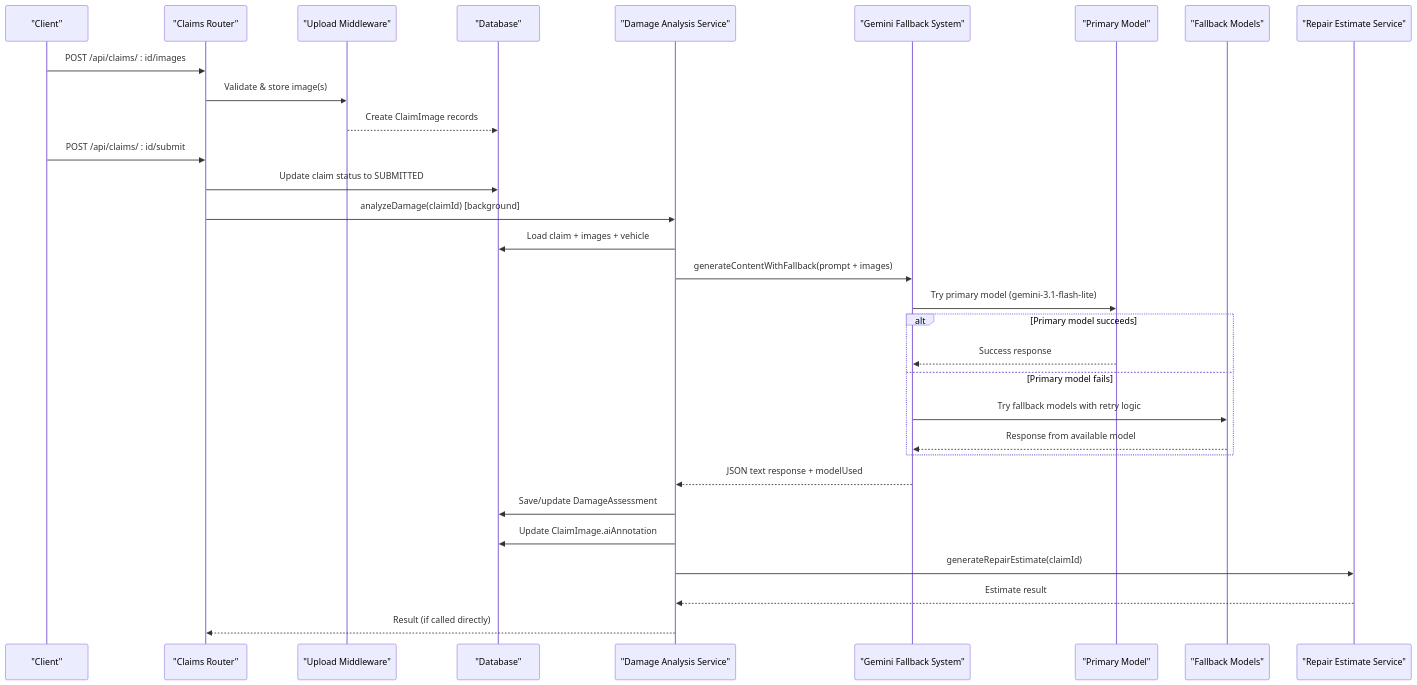
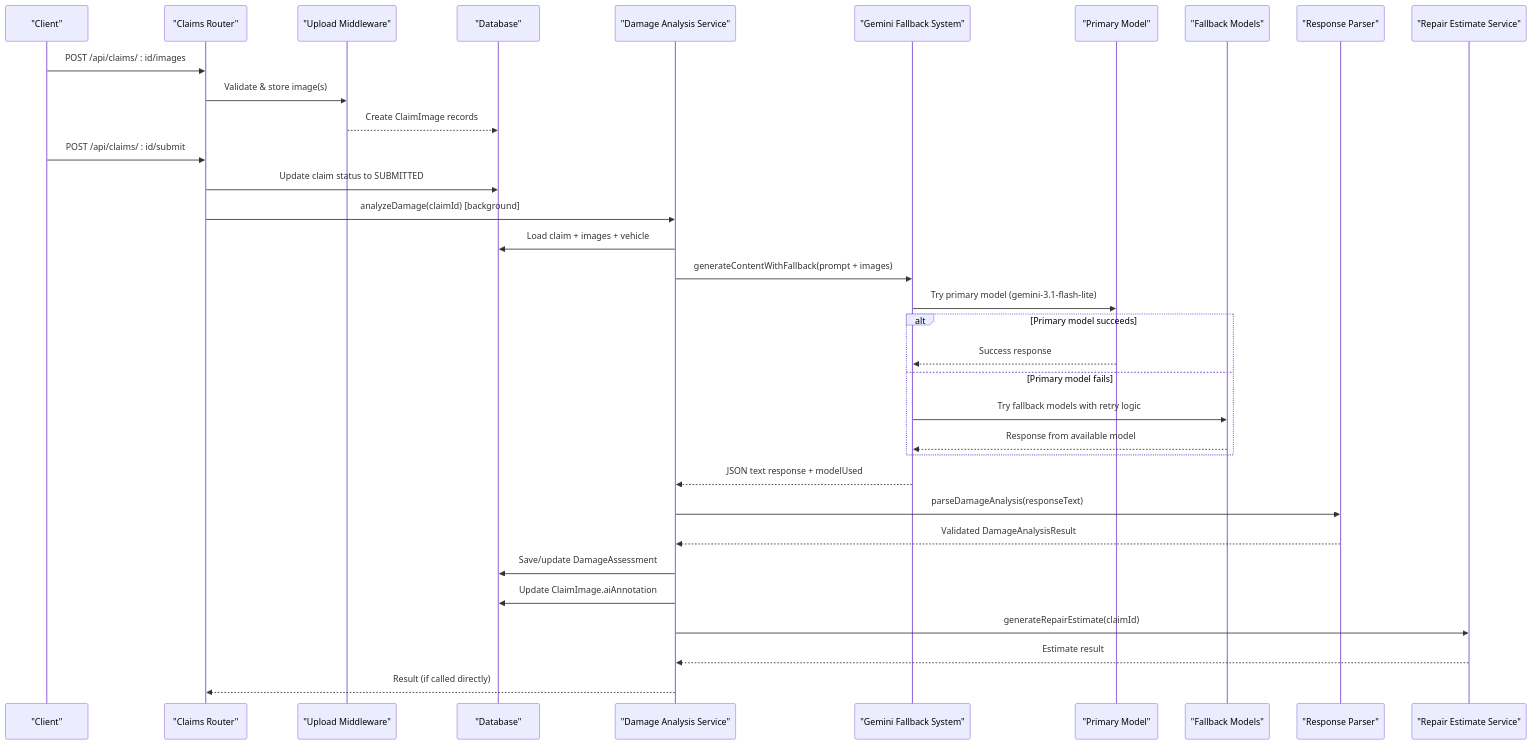
One commit to NaveenHiranya/Smart-Vehicle-Insurance-Claim-System changed the second of 3 diagrams in .qoder/repowiki/en/content/AI Services Integration/Damage Analysis Service.md. Above: the diagram before and after it, drawn with Mermaid. The commit also changed other lines of this file and 33 other files, not shown here.

````diff
--- a/.qoder/repowiki/en/content/AI Services Integration/Damage Analysis Service.md
+++ b/.qoder/repowiki/en/content/AI Services Integration/Damage Analysis Service.md
@@ -94,33 +97,36 @@
 ```mermaid
 sequenceDiagram
 participant Client as "Client"
 participant Router as "Claims Router"
 participant Multer as "Upload Middleware"
 participant DB as "Database"
 participant Service as "Damage Analysis Service"
 participant Fallback as "Gemini Fallback System"
 participant Model1 as "Primary Model"
 participant Model2 as "Fallback Models"
+participant Parser as "Response Parser"
 participant Estimator as "Repair Estimate Service"
 Client->>Router : POST /api/claims/ : id/images
 Router->>Multer : Validate & store image(s)
 Multer-->>DB : Create ClaimImage records
 Client->>Router : POST /api/claims/ : id/submit
 Router->>DB : Update claim status to SUBMITTED
 Router->>Service : analyzeDamage(claimId) [background]
 Service->>DB : Load claim + images + vehicle
 Service->>Fallback : generateContentWithFallback(prompt + images)
 Fallback->>Model1 : Try primary model (gemini-3.1-flash-lite)
 alt Primary model succeeds
 Model1-->>Fallback : Success response
 else Primary model fails
 Fallback->>Model2 : Try fallback models with retry logic
 Model2-->>Fallback : Response from available model
 end
 Fallback-->>Service : JSON text response + modelUsed
+Service->>Parser : parseDamageAnalysis(responseText)
+Parser-->>Service : Validated DamageAnalysisResult
 Service->>DB : Save/update DamageAssessment
 Service->>DB : Update ClaimImage.aiAnnotation
 Service->>Estimator : generateRepairEstimate(claimId)
 Estimator-->>Service : Estimate result
 Service-->>Router : Result (if called directly)
 ```
````
